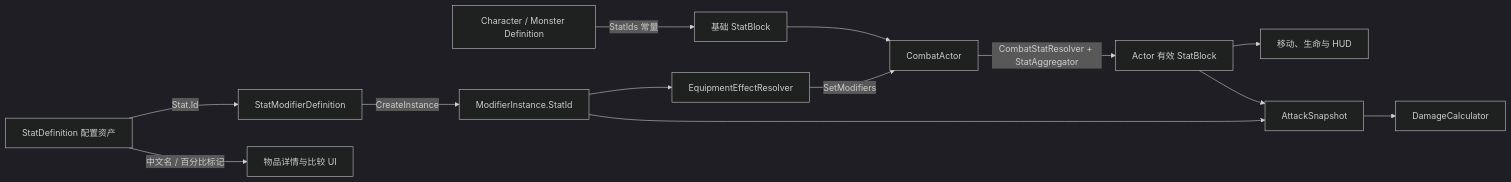
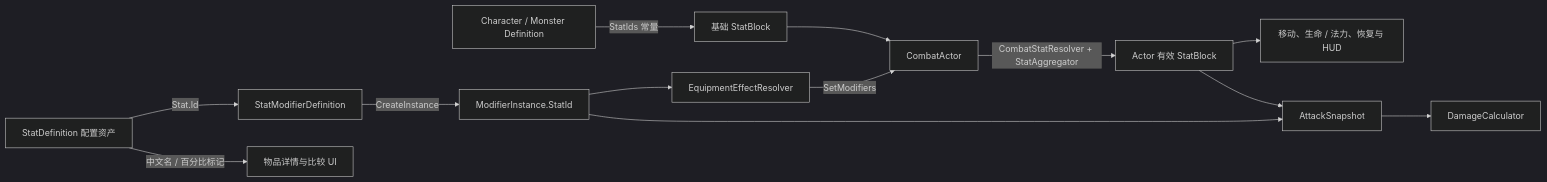
One commit to IshmaelHeathcliff/DarkFlare changed the diagram in Docs/docs/stat-system.md. Above: the diagram before and after it, drawn with Mermaid (dark theme). The commit also changed other lines of this file and 44 other files, not shown here.

````diff
--- a/Docs/docs/stat-system.md
+++ b/Docs/docs/stat-system.md
@@ -11,15 +11,15 @@
 ```mermaid
 flowchart LR
   A["StatDefinition 配置资产"] -->|"Stat.Id"| B["StatModifierDefinition"]
   B -->|"CreateInstance"| C["ModifierInstance.StatId"]
   D["Character / Monster Definition"] -->|"StatIds 常量"| E["基础 StatBlock"]
   C --> F["EquipmentEffectResolver"]
   E --> G["CombatActor"]
   F -->|"SetModifiers"| G
   G -->|"CombatStatResolver + StatAggregator"| H["Actor 有效 StatBlock"]
-  H --> I["移动、生命与 HUD"]
+  H --> I["移动、生命 / 法力、恢复与 HUD"]
   H --> J["AttackSnapshot"]
   C --> J
   J --> K["DamageCalculator"]
   A -->|"中文名 / 百分比标记"| L["物品详情与比较 UI"]
 ```
````
